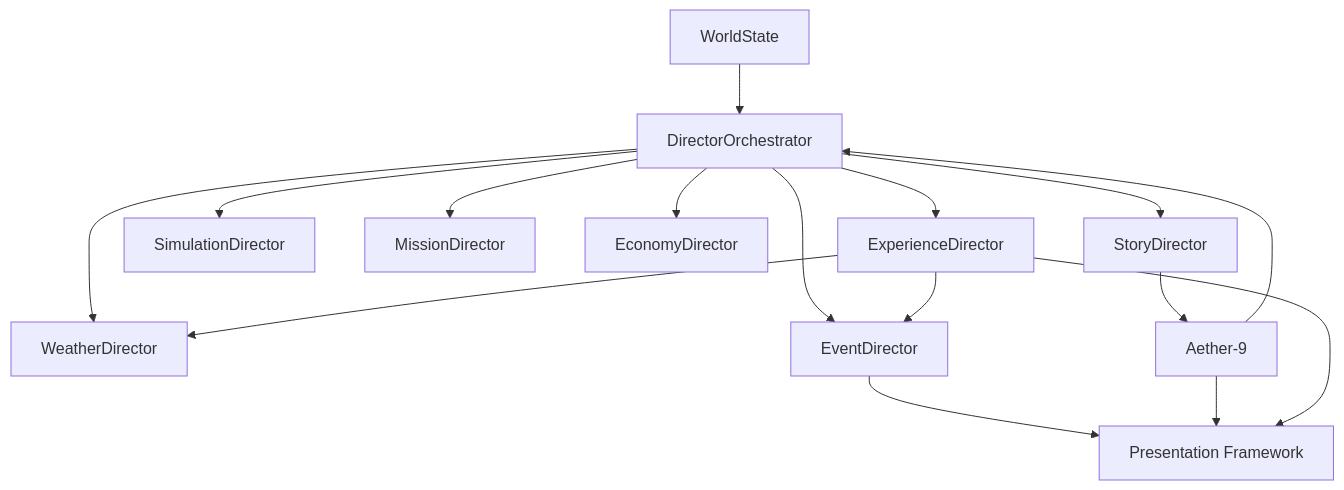
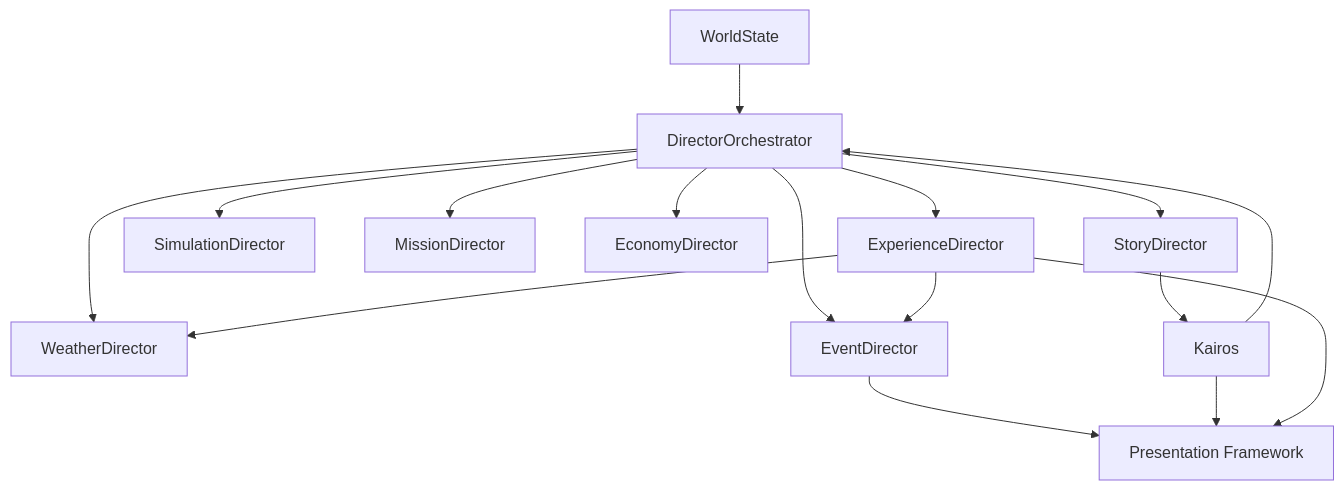
The second of 4 diagrams in Assets/_Project/Documentation/Architecture/Dark_Matter_Framework_2.0_High_Level_Architecture_v1.0.md (LittleWormOnAHook/Dark-Matter), drawn with Mermaid before and after one commit. The commit also changed other lines of this file and 261 other files, not shown here.

````diff
--- a/Assets/_Project/Documentation/Architecture/Dark_Matter_Framework_2.0_High_Level_Architecture_v1.0.md
+++ b/Assets/_Project/Documentation/Architecture/Dark_Matter_Framework_2.0_High_Level_Architecture_v1.0.md
@@ -467,30 +467,30 @@
 ```mermaid
 flowchart TB
     WS[WorldState]
     Orch[DirectorOrchestrator]
     SD[StoryDirector]
     SimD[SimulationDirector]
     MD[MissionDirector]
     WD[WeatherDirector]
     ED[EconomyDirector]
     XD[ExperienceDirector]
     EvD[EventDirector]
-    A9[Aether-9]
+    A9[Kairos]
     Pres[Presentation Framework]
 
     WS --> Orch
     Orch --> SD
     Orch --> SimD
     Orch --> MD
     Orch --> WD
     Orch --> ED
     Orch --> XD
     Orch --> EvD
     A9 --> Orch
     SD --> A9
     XD --> EvD
     XD --> WD
     EvD --> Pres
     A9 --> Pres
     XD --> Pres
 ```
````
